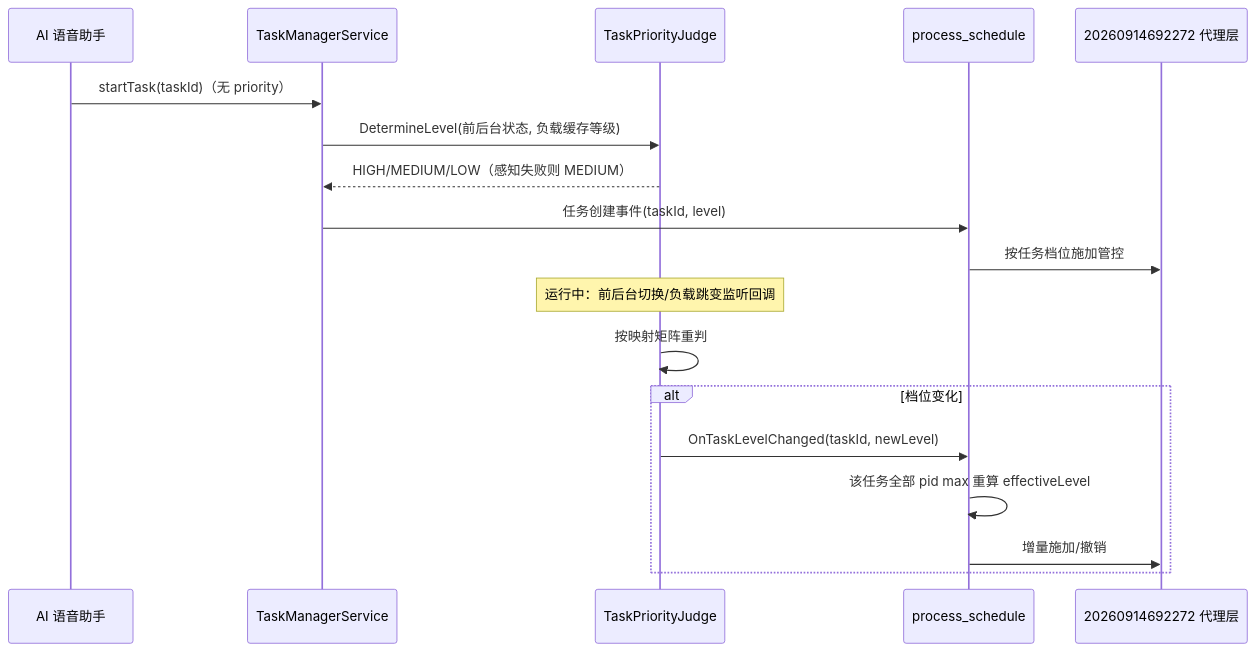
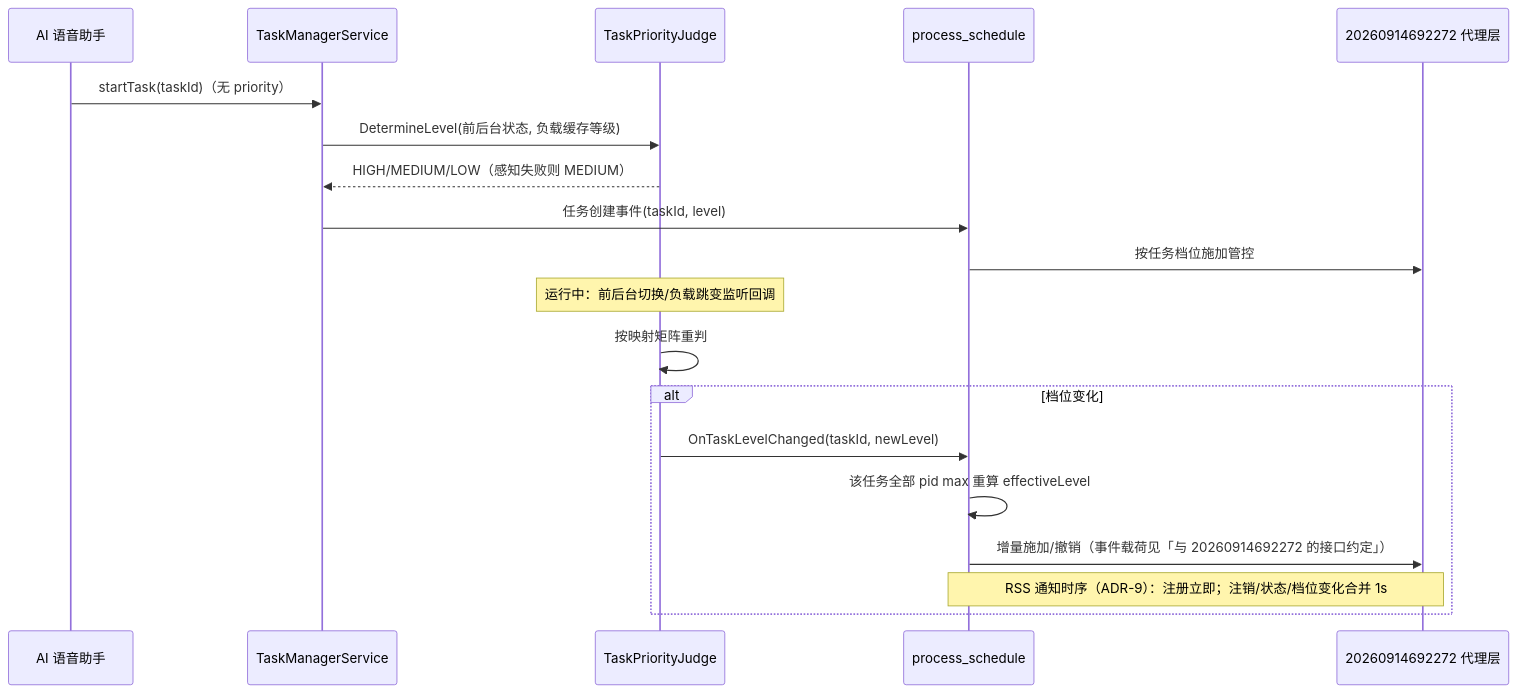
Before and after one commit to xuanjiazhen/ability_ability_runtime: the third of 3 diagrams in .codespec/changes/20260914692273/design.md, drawn with Mermaid. The commit also changed other lines of this file and 1 other file, not shown here.

````diff
--- a/.codespec/changes/20260914692273/design.md
+++ b/.codespec/changes/20260914692273/design.md
@@ -247,20 +257,21 @@
 ```mermaid
 sequenceDiagram
     participant APP as AI 语音助手
     participant SVC as TaskManagerService
     participant J as TaskPriorityJudge
     participant PS as process_schedule
     participant RSS as 20260914692272 代理层
     APP->>SVC: startTask(taskId)（无 priority）
     SVC->>J: DetermineLevel(前后台状态, 负载缓存等级)
     J-->>SVC: HIGH/MEDIUM/LOW（感知失败则 MEDIUM）
     SVC->>PS: 任务创建事件(taskId, level)
     PS->>RSS: 按任务档位施加管控
     Note over J: 运行中：前后台切换/负载跳变监听回调
     J->>J: 按映射矩阵重判
     alt 档位变化
         J->>PS: OnTaskLevelChanged(taskId, newLevel)
         PS->>PS: 该任务全部 pid max 重算 effectiveLevel
-        PS->>RSS: 增量施加/撤销
+        PS->>RSS: 增量施加/撤销（事件载荷见「与 20260914692272 的接口约定」）
+    Note over PS,RSS: RSS 通知时序（ADR-9）：注册立即；注销/状态/档位变化合并 1s
     end
 ```
````
